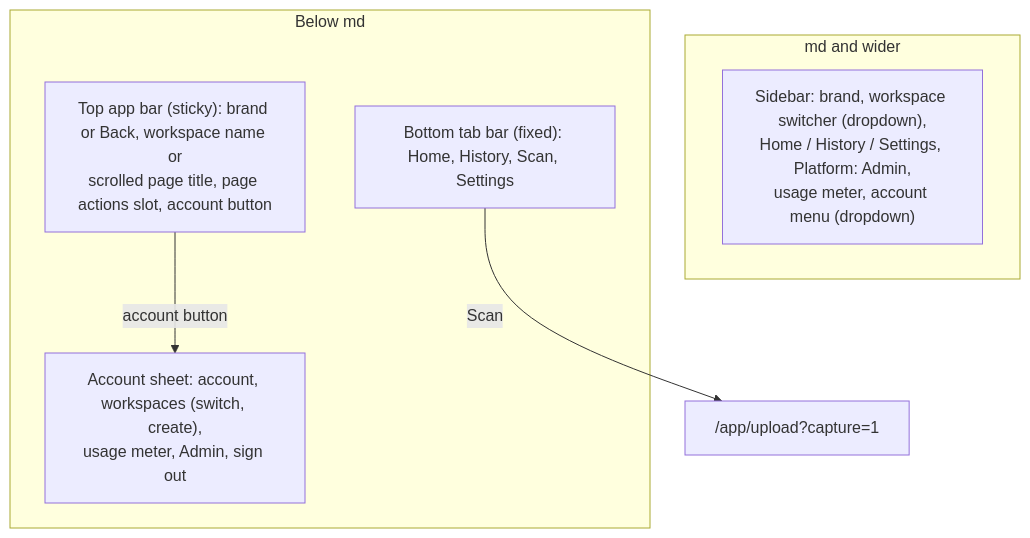
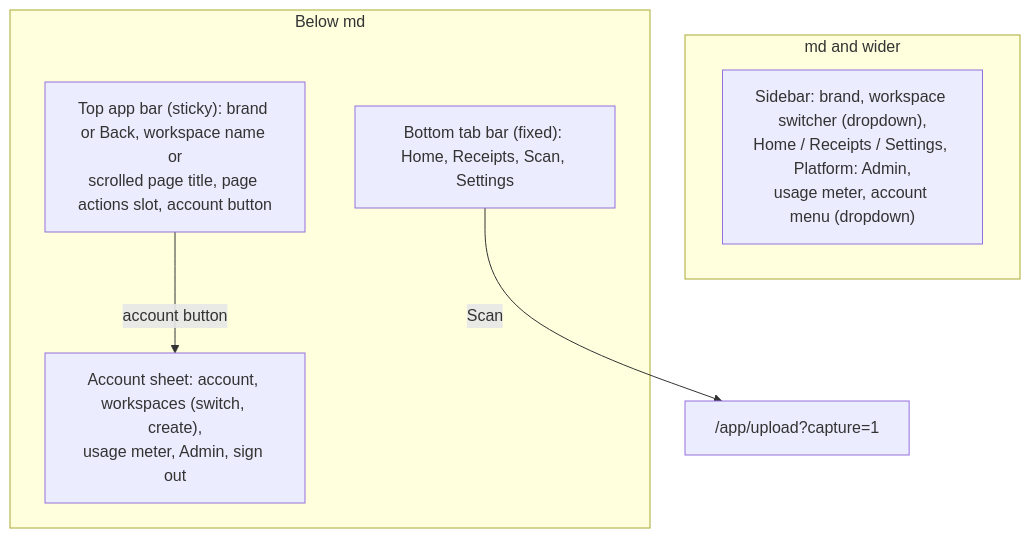
Before and after one commit to bhimrazy/receipt-ocr-app: the second of 5 diagrams in docs/architecture/web.md, drawn with Mermaid. The commit also changed other lines of this file and 50 other files, not shown here.

First line of the commit message:
feat(nav): rename History to Receipts and move Groups under it

````diff
--- a/docs/architecture/web.md
+++ b/docs/architecture/web.md
@@ -59,13 +59,13 @@
 ```mermaid
 flowchart TB
   subgraph desktop["md and wider"]
-    sidebar["Sidebar: brand, workspace switcher (dropdown),<br/>Home / History / Settings, Platform: Admin,<br/>usage meter, account menu (dropdown)"]
+    sidebar["Sidebar: brand, workspace switcher (dropdown),<br/>Home / Receipts / Settings, Platform: Admin,<br/>usage meter, account menu (dropdown)"]
   end
   subgraph phone["Below md"]
     bar["Top app bar (sticky): brand or Back, workspace name or<br/>scrolled page title, page actions slot, account button"]
     sheet["Account sheet: account, workspaces (switch, create),<br/>usage meter, Admin, sign out"]
-    tabs["Bottom tab bar (fixed): Home, History, Scan, Settings"]
+    tabs["Bottom tab bar (fixed): Home, Receipts, Scan, Settings"]
     bar -- "account button" --> sheet
   end
   tabs -- "Scan" --> scan["/app/upload?capture=1"]
 ```
````
